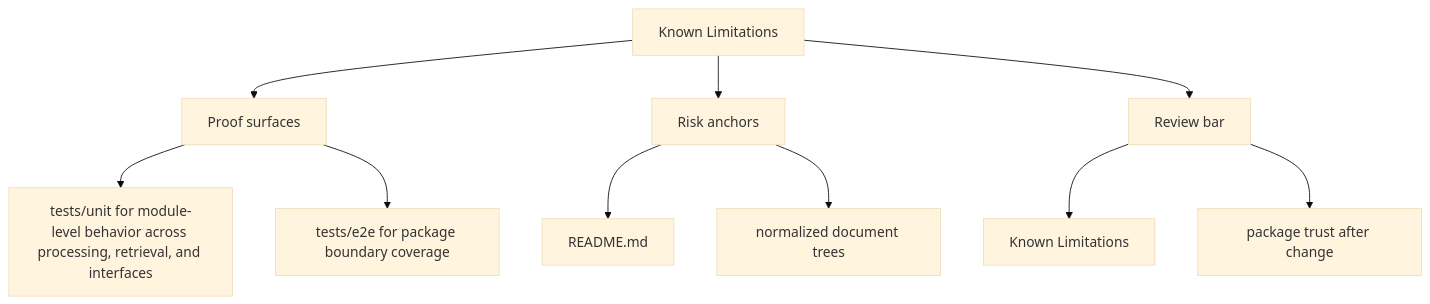
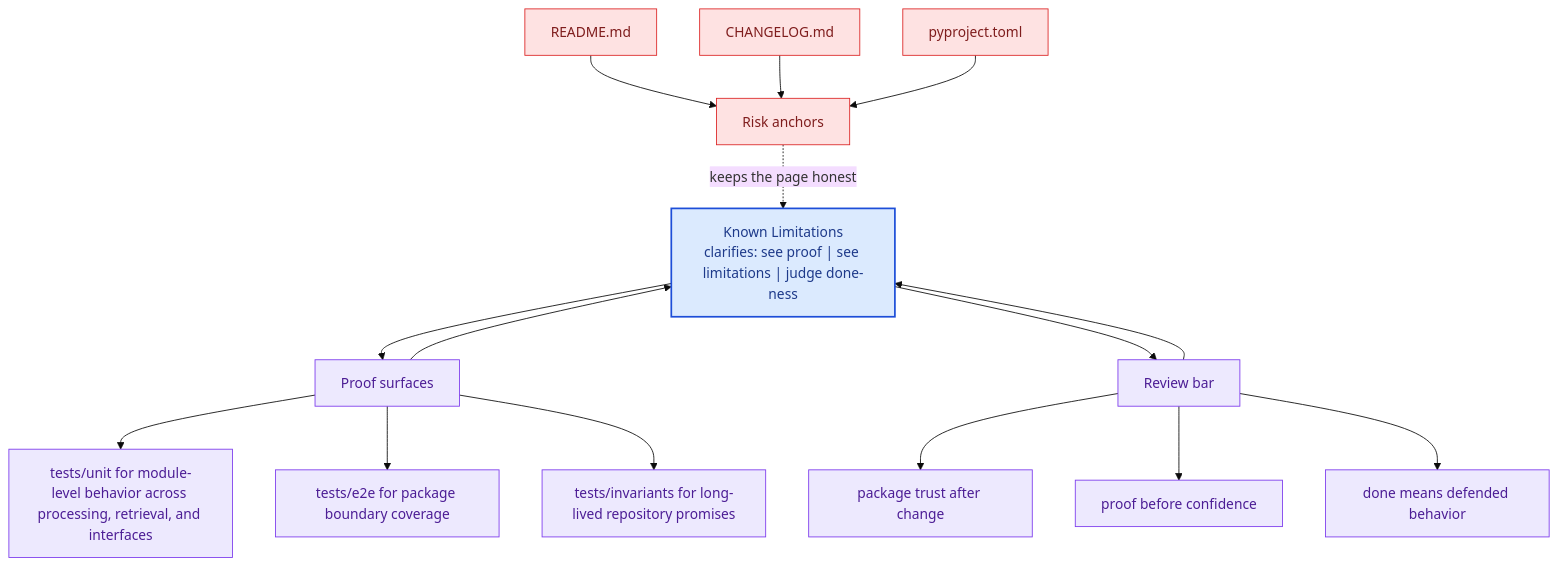
Before and after one commit to bijux/bijux-canon: the second of 2 diagrams in docs/bijux-canon-ingest/quality/known-limitations.md, drawn with Mermaid (base theme). The commit also changed other lines of this file and 281 other files, not shown here.

Commit message:
docs(diagrams): deepen handbook mermaid maps across the catalog

````diff
--- a/docs/bijux-canon-ingest/quality/known-limitations.md
+++ b/docs/bijux-canon-ingest/quality/known-limitations.md
@@ -34,22 +67,41 @@
 ```mermaid
-flowchart TD
-    page["Known Limitations"]
+flowchart TB
+    promise["Known Limitations<br/>clarifies: see proof | see limitations | judge done-ness"]
+    classDef promise fill:#dbeafe,stroke:#1d4ed8,color:#1e3a8a,stroke-width:2px;
+    classDef driver fill:#dcfce7,stroke:#16a34a,color:#14532d;
+    classDef constraint fill:#fee2e2,stroke:#dc2626,color:#7f1d1d;
+    classDef ground fill:#ede9fe,stroke:#7c3aed,color:#4c1d95;
     focus1["Proof surfaces"]
-    page --> focus1
+    focus1 --> promise
+    promise --> focus1
     focus1_1["tests/unit for module-level behavior across processing, retrieval, and interfaces"]
     focus1 --> focus1_1
     focus1_2["tests/e2e for package boundary coverage"]
     focus1 --> focus1_2
+    focus1_3["tests/invariants for long-lived repository promises"]
+    focus1 --> focus1_3
+    class focus1 ground;
+    class focus1_1,focus1_2,focus1_3 ground;
     focus2["Risk anchors"]
-    page --> focus2
+    focus2 -.keeps the page honest.-> promise
     focus2_1["README.md"]
-    focus2 --> focus2_1
-    focus2_2["normalized document trees"]
-    focus2 --> focus2_2
+    focus2_1 --> focus2
+    focus2_2["CHANGELOG.md"]
+    focus2_2 --> focus2
+    focus2_3["pyproject.toml"]
+    focus2_3 --> focus2
+    class focus2 constraint;
+    class focus2_1,focus2_2,focus2_3 constraint;
     focus3["Review bar"]
-    page --> focus3
-    focus3_1["Known Limitations"]
+    focus3 --> promise
+    promise --> focus3
+    focus3_1["package trust after change"]
     focus3 --> focus3_1
-    focus3_2["package trust after change"]
+    focus3_2["proof before confidence"]
     focus3 --> focus3_2
+    focus3_3["done means defended behavior"]
+    focus3 --> focus3_3
+    class focus3 ground;
+    class focus3_1,focus3_2,focus3_3 ground;
+    class promise promise;
 ```
````
